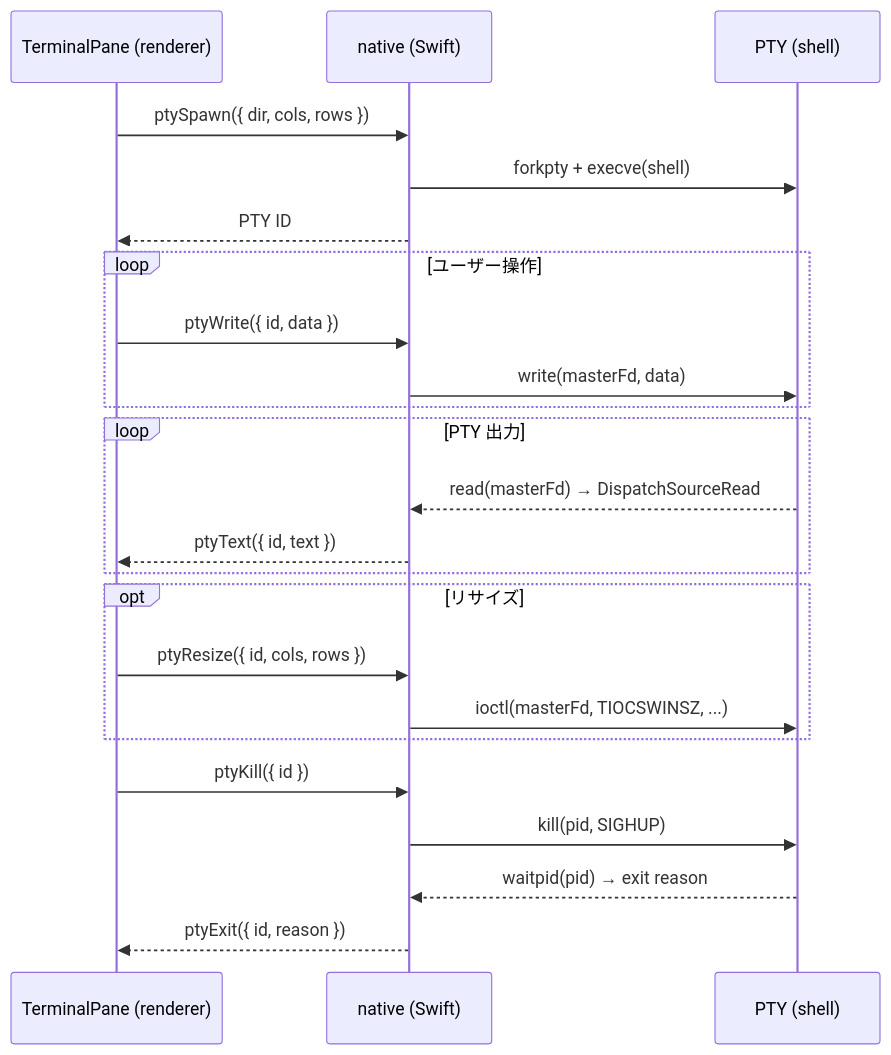
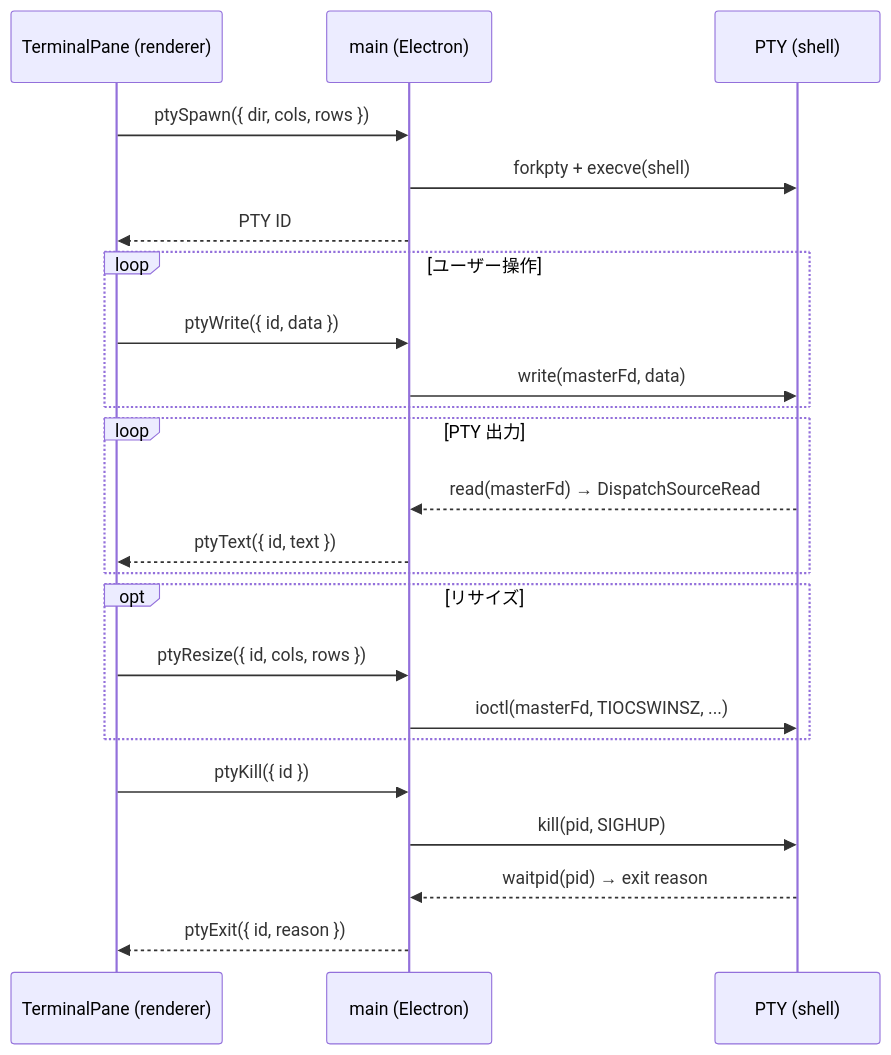
The diagram in docs/terminal.md (miyaoka/gozd), drawn with Mermaid before and after one commit. The commit also changed other lines of this file and 52 other files, not shown here.

````diff
--- a/docs/terminal.md
+++ b/docs/terminal.md
@@ -26,30 +26,30 @@
 ```mermaid
 sequenceDiagram
     participant R as TerminalPane (renderer)
-    participant N as native (Swift)
+    participant N as main (Electron)
     participant P as PTY (shell)
 
     R->>N: ptySpawn({ dir, cols, rows })
     N->>P: forkpty + execve(shell)
     N-->>R: PTY ID
 
     loop ユーザー操作
         R->>N: ptyWrite({ id, data })
         N->>P: write(masterFd, data)
     end
 
     loop PTY 出力
         P-->>N: read(masterFd) → DispatchSourceRead
         N-->>R: ptyText({ id, text })
     end
 
     opt リサイズ
         R->>N: ptyResize({ id, cols, rows })
         N->>P: ioctl(masterFd, TIOCSWINSZ, ...)
     end
 
     R->>N: ptyKill({ id })
     N->>P: kill(pid, SIGHUP)
     P-->>N: waitpid(pid) → exit reason
     N-->>R: ptyExit({ id, reason })
 ```
````
